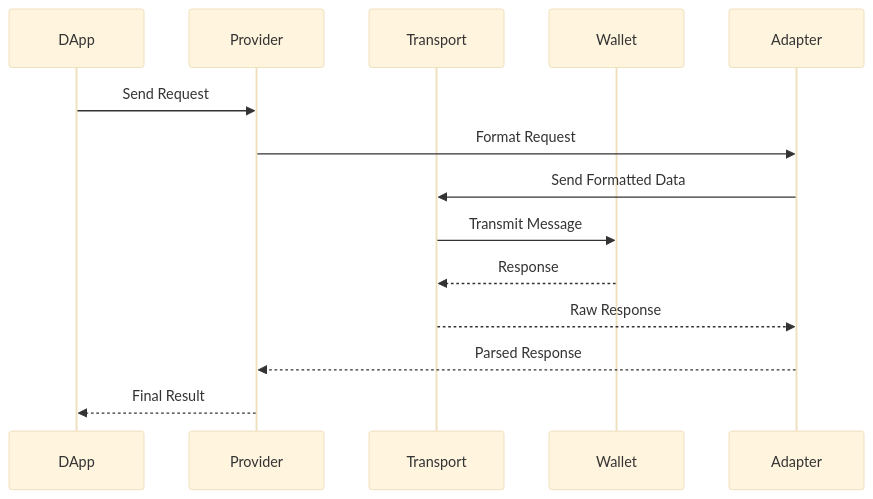
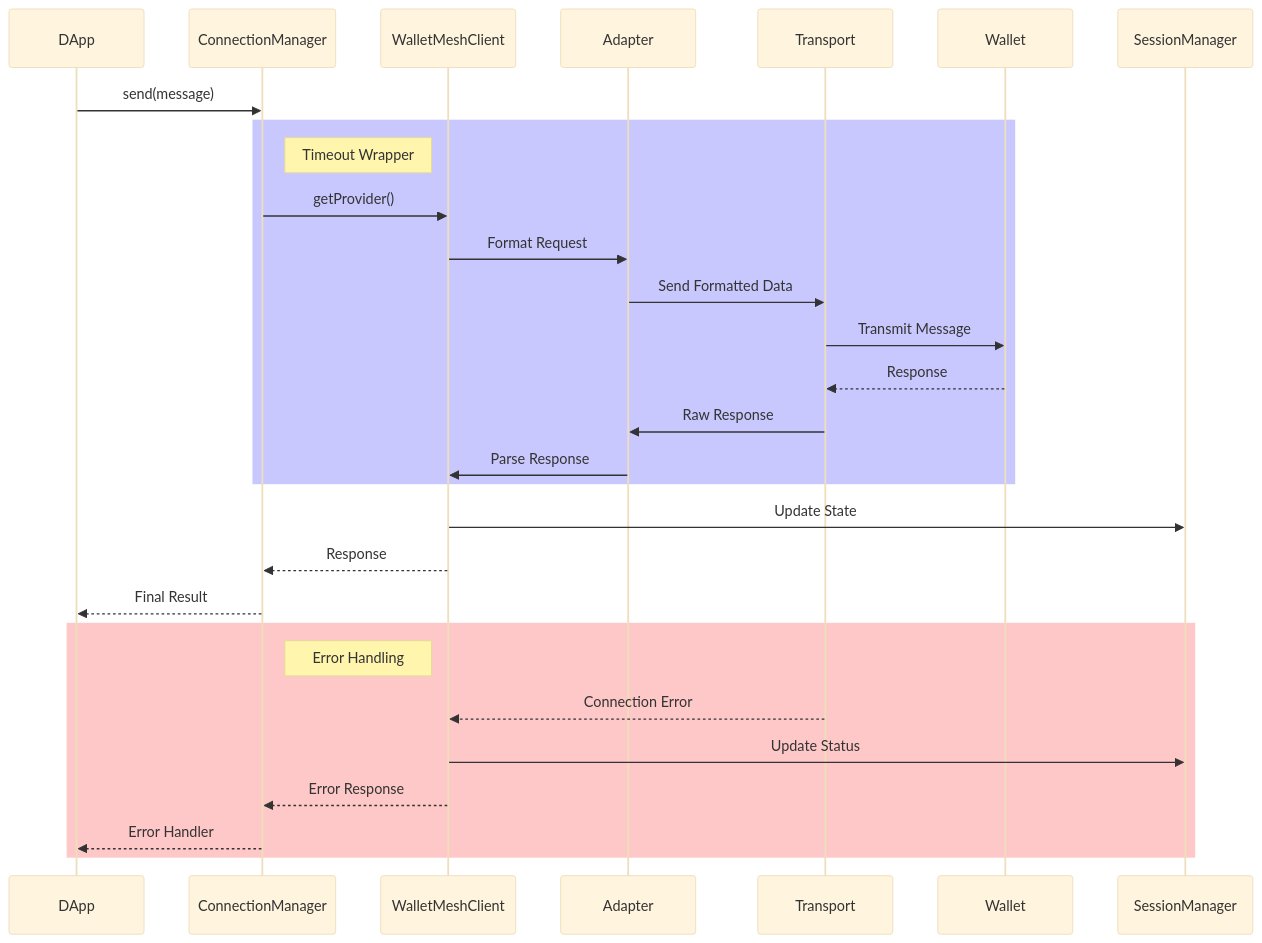
The second of 4 diagrams in core/modal/README.md (WalletMesh/walletmesh-packages), drawn with Mermaid (base theme) before and after one commit. The commit also changed other lines of this file and 28 other files, not shown here.

Commit message:
fix(modal): Wallet session is resumed on page navigation or refresh

````diff
--- a/core/modal/README.md
+++ b/core/modal/README.md
@@ -70,17 +80,35 @@
 ```mermaid
 sequenceDiagram
     participant DApp
-    participant Provider
+    participant ConnMgr as ConnectionManager
+    participant Client as WalletMeshClient
+    participant Adapter
     participant Transport
     participant Wallet
-    participant Adapter
+    participant Session as SessionManager
 
-    DApp->>Provider: Send Request
-    Provider->>Adapter: Format Request
-    Adapter->>Transport: Send Formatted Data
-    Transport->>Wallet: Transmit Message
-    Wallet-->>Transport: Response
-    Transport-->>Adapter: Raw Response
-    Adapter-->>Provider: Parsed Response
-    Provider-->>DApp: Final Result
+    DApp->>ConnMgr: send(message)
+    
+    rect rgb(200, 200, 255)
+        note right of ConnMgr: Timeout Wrapper
+        ConnMgr->>Client: getProvider()
+        Client->>Adapter: Format Request
+        Adapter->>Transport: Send Formatted Data
+        Transport->>Wallet: Transmit Message
+        Wallet-->>Transport: Response
+        Transport->>Adapter: Raw Response
+        Adapter->>Client: Parse Response
+    end
+    
+    Client->>Session: Update State
+    Client-->>ConnMgr: Response
+    ConnMgr-->>DApp: Final Result
+
+    rect rgb(255, 200, 200)
+        note right of ConnMgr: Error Handling
+        Transport-->>Client: Connection Error
+        Client->>Session: Update Status
+        Client-->>ConnMgr: Error Response
+        ConnMgr-->>DApp: Error Handler
+    end
 ```
````
